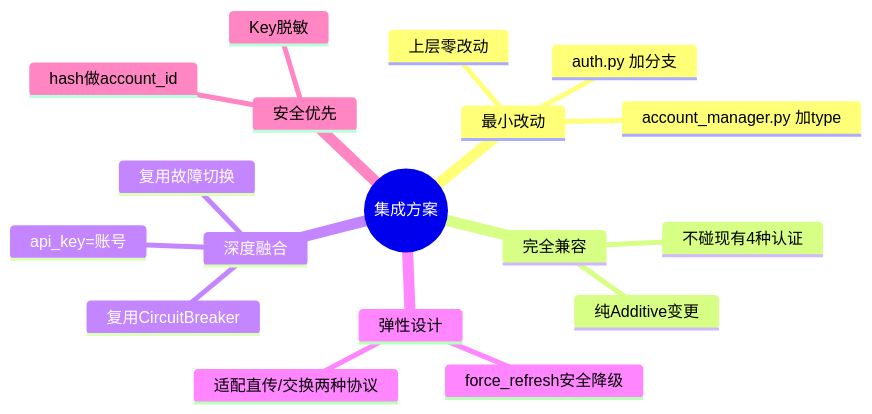
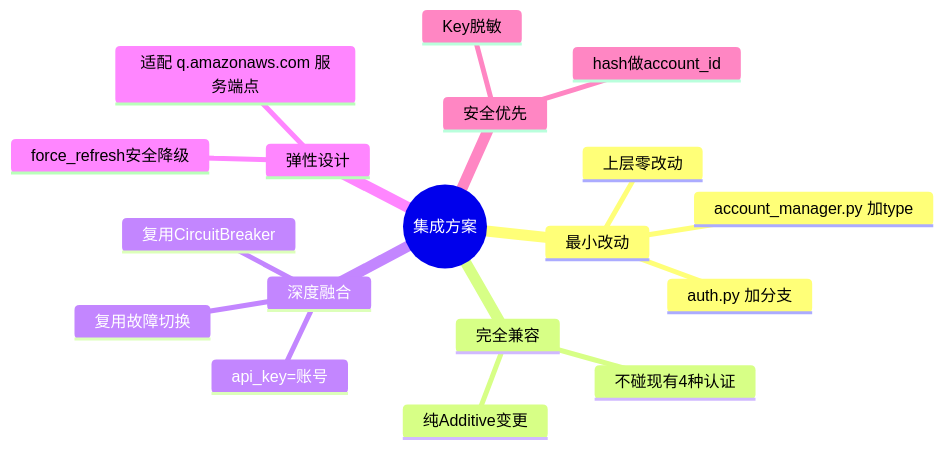
Before and after one commit to liangyimingcom/kiro-gateway_jwadow: diagram 18 of 18 in docs/zh/API_KEY_AUTH_DESIGN.md, drawn with Mermaid. The commit also changed other lines of this file and 7 other files, not shown here.

````diff
--- a/docs/zh/API_KEY_AUTH_DESIGN.md
+++ b/docs/zh/API_KEY_AUTH_DESIGN.md
@@ -613,21 +658,21 @@
 ```mermaid
 mindmap
   root((集成方案))
     最小改动
       auth.py 加分支
       account_manager.py 加type
       上层零改动
     完全兼容
       纯Additive变更
       不碰现有4种认证
     深度融合
       api_key=账号
       复用CircuitBreaker
       复用故障切换
     弹性设计
-      适配直传/交换两种协议
+      适配 q.amazonaws.com 服务端点
       force_refresh安全降级
     安全优先
       Key脱敏
       hash做account_id
 ```
````
